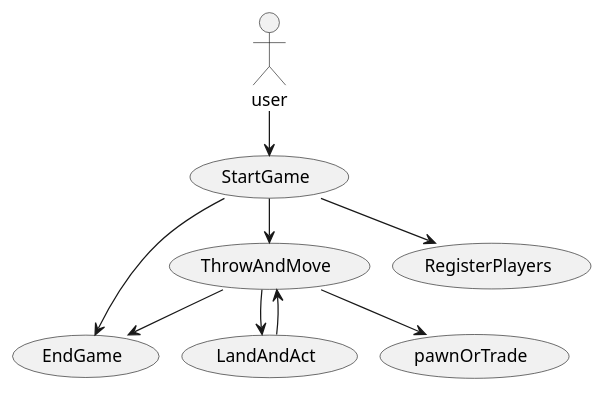
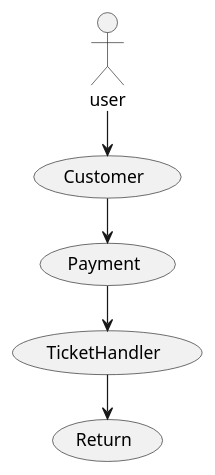
Before and after one commit to ValdemarLarsen02/IWardrobe: the diagram in doc/Plan/dynamic/usecases.puml, drawn with PlantUML. The commit also changed 1 other file, not shown here.

```diff
--- a/doc/Plan/dynamic/usecases.puml
+++ b/doc/Plan/dynamic/usecases.puml
@@ -1,21 +1,19 @@
 @startuml
 !pragma layout smetana
 
   actor user
 
-  usecase "ThrowAndMove" as UC3
-  usecase "StartGame" as UC1
-  usecase "EndGame" as UC5
-  usecase "RegisterPlayers" as UC2
-  usecase "LandAndAct" as UC4
-  usecase "pawnOrTrade" as UC6
+  usecase "Customer" as UC1
+  usecase "TicketHandler" as UC2
+  usecase "Return" as UC3
+  usecase "Payment" as UC4
+
 
 user --> UC1
-UC1 --> UC2
-UC1 --> UC3
-UC3 --> UC6
-UC3 --> UC4
-UC4 --> UC3
-UC3 --> UC5
-UC1 --> UC5
+UC1 --> UC4
+UC4 --> UC2
+UC2 --> UC3
+
+
+
 @enduml
```
